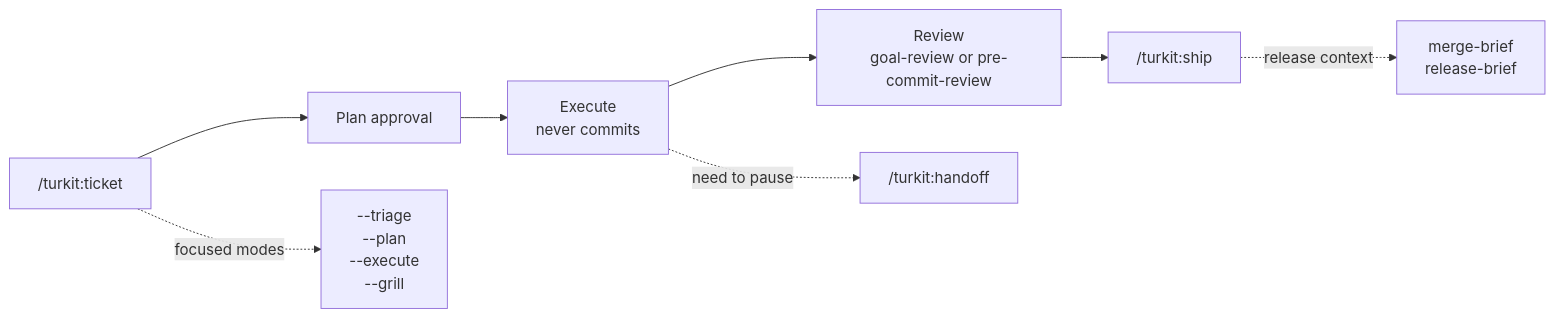
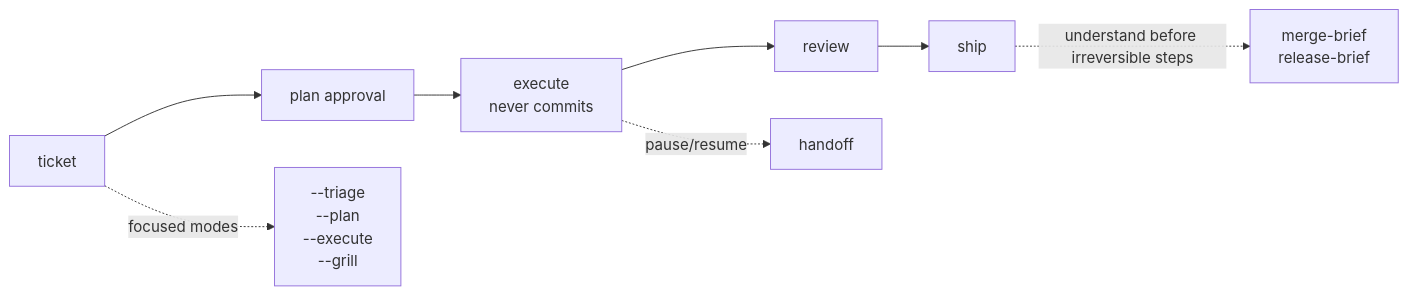
One commit to alimtunc/turkit changed the diagram in README.md. Above: the diagram before and after it, drawn with Mermaid. The commit also changed other lines of this file, not shown here.

Commit message:
docs: simplify README install flow (#6)

````diff
--- a/README.md
+++ b/README.md
@@ -44,11 +40,11 @@
 ```mermaid
 flowchart LR
-    T["/turkit:ticket"] --> A["Plan approval"]
-    A --> E["Execute<br/>never commits"]
-    E --> R["Review<br/>goal-review or pre-commit-review"]
-    R --> S["/turkit:ship"]
+    T["ticket"] --> A["plan approval"]
+    A --> E["execute<br/>never commits"]
+    E --> R["review"]
+    R --> S["ship"]
 
     T -. "focused modes" .-> F["--triage<br/>--plan<br/>--execute<br/>--grill"]
-    E -. "need to pause" .-> H["/turkit:handoff"]
-    S -. "release context" .-> B["merge-brief<br/>release-brief"]
+    E -. "pause/resume" .-> H["handoff"]
+    S -. "understand before irreversible steps" .-> B["merge-brief<br/>release-brief"]
 ```
````
